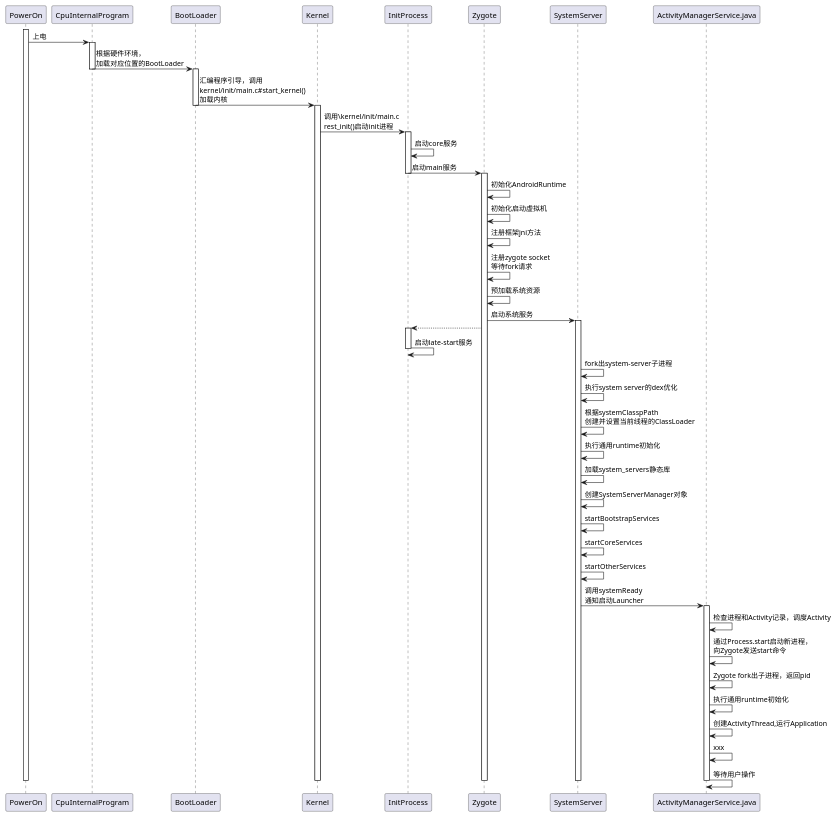
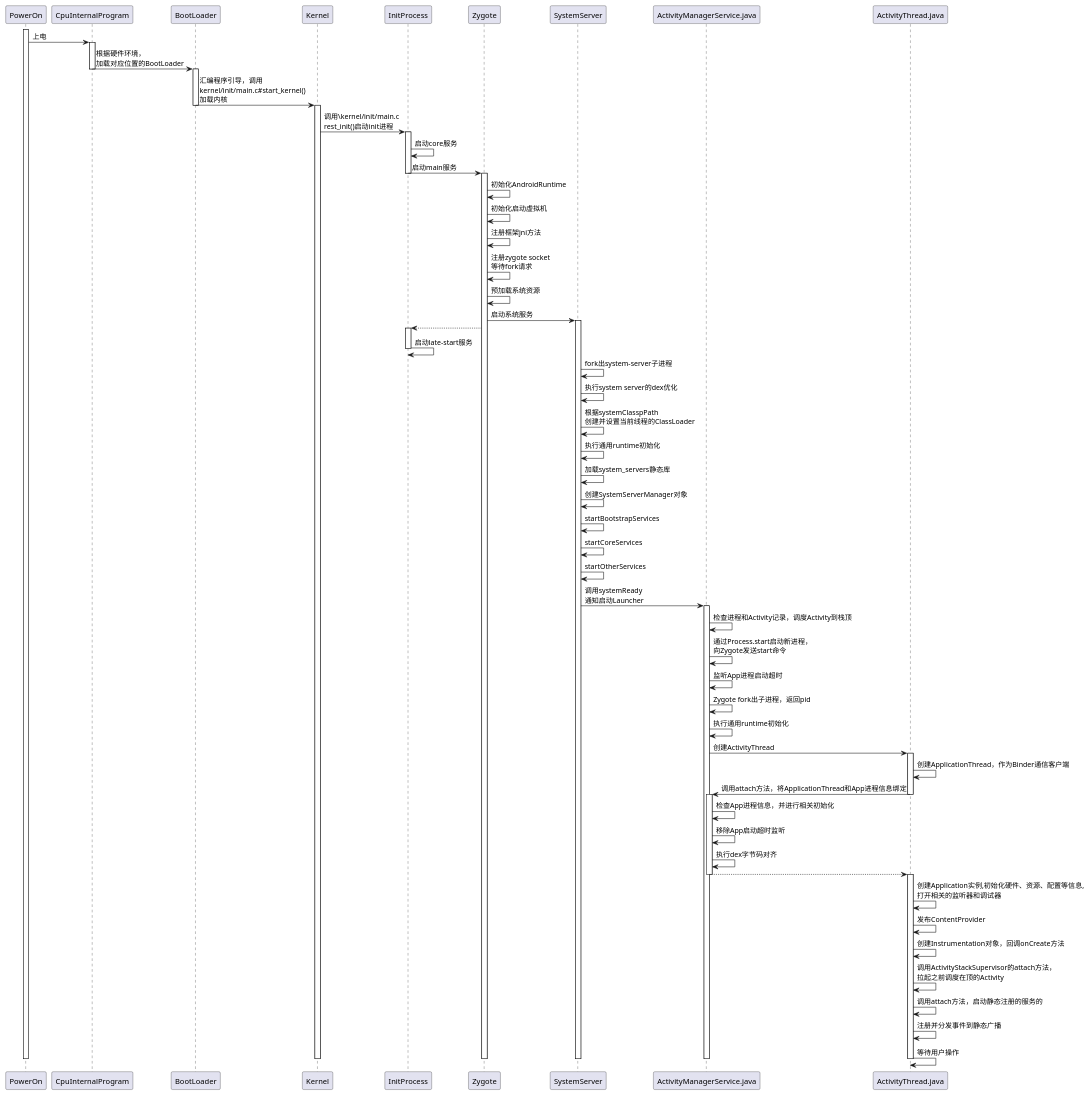
Before and after one commit to heavy-james/AndroidStartSequence: the diagram in uml/1_android_start/android_start.puml, drawn with PlantUML. The commit also changed 1 other file, not shown here.

Commit message:
complete android start uml

```diff
--- a/uml/1_android_start/android_start.puml
+++ b/uml/1_android_start/android_start.puml
@@ -1,82 +1,114 @@
 @startuml
 
 participant "PowerOn"
 
 participant CpuInPg as "CpuInternalProgram"
 
 participant BootLoader as "BootLoader"
 
 participant Kernel as "Kernel"
 
 participant InitProcess as "InitProcess"
 
 participant Zygote as "Zygote"
 
 participant SystemServer as "SystemServer"
 
 participant ActivityManagerService as "ActivityManagerService.java"
+
+participant ActivityThread as "ActivityThread.java"
 
 'sequence below
 
 activate PowerOn
 PowerOn -> CpuInPg : 上电
 
 activate CpuInPg
 CpuInPg -> BootLoader : 根据硬件环境，\n加载对应位置的BootLoader
 deactivate CpuInPg
 
 activate BootLoader
 BootLoader -> Kernel : 汇编程序引导，调用\nkernel/init/main.c#start_kernel()\n加载内核
 deactivate BootLoader
 
 activate Kernel
 Kernel -> InitProcess : 调用\kernel/init/main.c\nrest_init()启动init进程
 
 activate InitProcess
 InitProcess -> InitProcess : 启动core服务
 InitProcess -> Zygote : 启动main服务
 deactivate InitProcess
 
 activate Zygote
 Zygote -> Zygote : 初始化AndroidRuntime
 Zygote -> Zygote : 初始化启动虚拟机
 Zygote -> Zygote : 注册框架jni方法
 Zygote -> Zygote : 注册zygote socket\
 \n等待fork请求
 Zygote -> Zygote : 预加载系统资源
 Zygote -> SystemServer : 启动系统服务
 
 activate SystemServer
 Zygote --> InitProcess
 activate InitProcess
 InitProcess -> InitProcess : 启动late-start服务
 deactivate InitProcess
 
 
 SystemServer -> SystemServer : fork出system-server子进程
 SystemServer -> SystemServer : 执行system server的dex优化
 SystemServer -> SystemServer : 根据systemClasspPath\
 \n创建并设置当前线程的ClassLoader
 SystemServer -> SystemServer : 执行通用runtime初始化
 SystemServer -> SystemServer : 加载system_servers静态库
 SystemServer -> SystemServer : 创建SystemServerManager对象
 SystemServer -> SystemServer : startBootstrapServices
 SystemServer -> SystemServer : startCoreServices
 SystemServer -> SystemServer : startOtherServices
 SystemServer -> ActivityManagerService : 调用systemReady\n通知启动Launcher
 
 activate ActivityManagerService
-ActivityManagerService -> ActivityManagerService : 检查进程和Activity记录，调度Activity
+ActivityManagerService -> ActivityManagerService : 检查进程和Activity记录，调度Activity到栈顶
 ActivityManagerService -> ActivityManagerService : 通过Process.start启动新进程，\n向Zygote发送start命令
+ActivityManagerService -> ActivityManagerService : 监听App进程启动超时
 ActivityManagerService -> ActivityManagerService : Zygote fork出子进程，返回pid
 ActivityManagerService -> ActivityManagerService : 执行通用runtime初始化
-ActivityManagerService -> ActivityManagerService : 创建ActivityThread,运行Application
-ActivityManagerService -> ActivityManagerService : xxx
-ActivityManagerService -> ActivityManagerService : 等待用户操作
+ActivityManagerService -> ActivityThread : 创建ActivityThread
 
+activate ActivityThread
+ActivityThread -> ActivityThread : 创建ApplicationThread，作为Binder通信客户端
+ActivityThread -> ActivityManagerService : 调用attach方法，将ApplicationThread和App进程信息绑定
+deactivate ActivityThread
+
+activate ActivityManagerService
+ActivityManagerService -> ActivityManagerService : 检查App进程信息，并进行相关初始化
+ActivityManagerService -> ActivityManagerService : 移除App启动超时监听
+ActivityManagerService -> ActivityManagerService : 执行dex字节码对齐
+ActivityManagerService --> ActivityThread :
+deactivate ActivityManagerService
+
+activate ActivityThread
+
+ActivityThread -> ActivityThread : 创建Application实例,初始化硬件、资源、配置等信息, \
+\n打开相关的监听器和调试器
+
+ActivityThread -> ActivityThread : 发布ContentProvider
+
+ActivityThread -> ActivityThread : 创建Instrumentation对象，回调onCreate方法
+
+ActivityThread -> ActivityThread : 调用ActivityStackSupervisor的attach方法，\
+\n拉起之前调度在顶的Activity
+
+ActivityThread -> ActivityThread : 调用attach方法，启动静态注册的服务的
+
+ActivityThread -> ActivityThread : 注册并分发事件到静态广播
+
+ActivityThread -> ActivityThread : 等待用户操作
+
+deactivate ActivityThread
 deactivate ActivityManagerService
 deactivate SystemServer
 deactivate Zygote
 deactivate Kernel
 deactivate PowerOn
 @enduml
```
